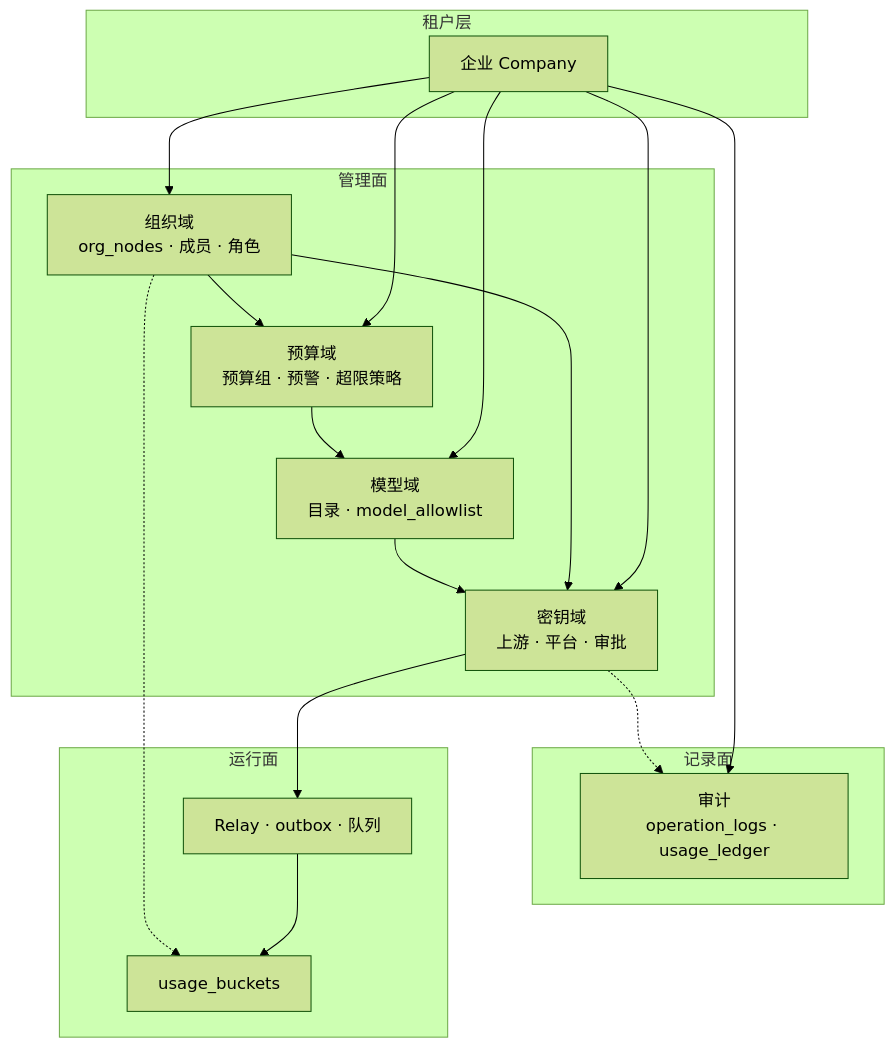
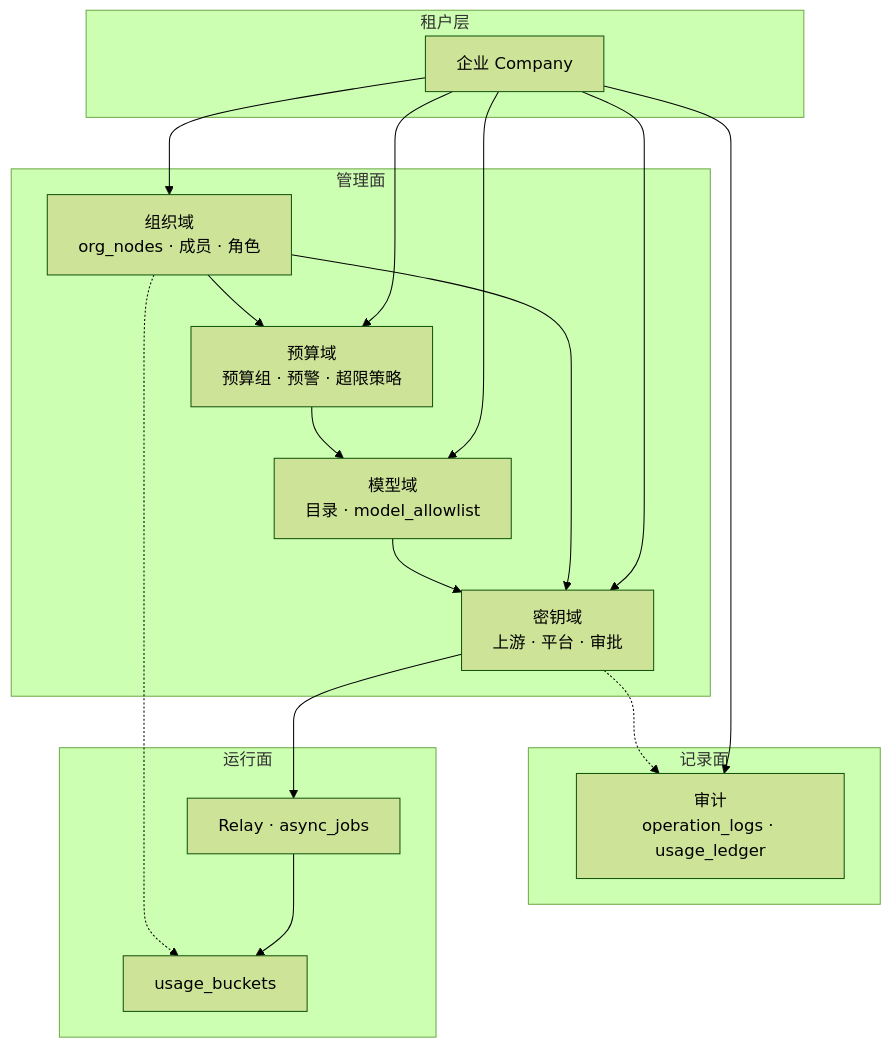
Before and after one commit to quyip8818/mytokenjoy: the second of 8 diagrams in docs/Backend-存储.md, drawn with Mermaid (forest theme). The commit also changed other lines of this file and 96 other files, not shown here.

````diff
--- a/docs/Backend-存储.md
+++ b/docs/Backend-存储.md
@@ -62,36 +62,36 @@
 ```mermaid
 flowchart TB
   subgraph L0 [租户层]
     CO[企业 Company]
   end
 
   subgraph L1 [管理面]
     ORG[组织域<br/>org_nodes · 成员 · 角色]
     BUD[预算域<br/>预算组 · 预警 · 超限策略]
     KEY[密钥域<br/>上游 · 平台 · 审批]
     MOD[模型域<br/>目录 · model_allowlist]
   end
 
   subgraph L2 [记录面]
     AUD[审计<br/>operation_logs · usage_ledger]
   end
 
   subgraph L3 [运行面]
-    RLY[Relay · outbox · 队列]
+    RLY[Relay · async_jobs]
     USG[usage_buckets]
   end
 
   CO --> ORG
   CO --> BUD
   CO --> KEY
   CO --> MOD
   CO --> AUD
   ORG --> BUD
   ORG --> KEY
   BUD --> MOD
   MOD --> KEY
   KEY --> RLY
   RLY --> USG
   KEY -.-> AUD
   ORG -.-> USG
 ```
````
